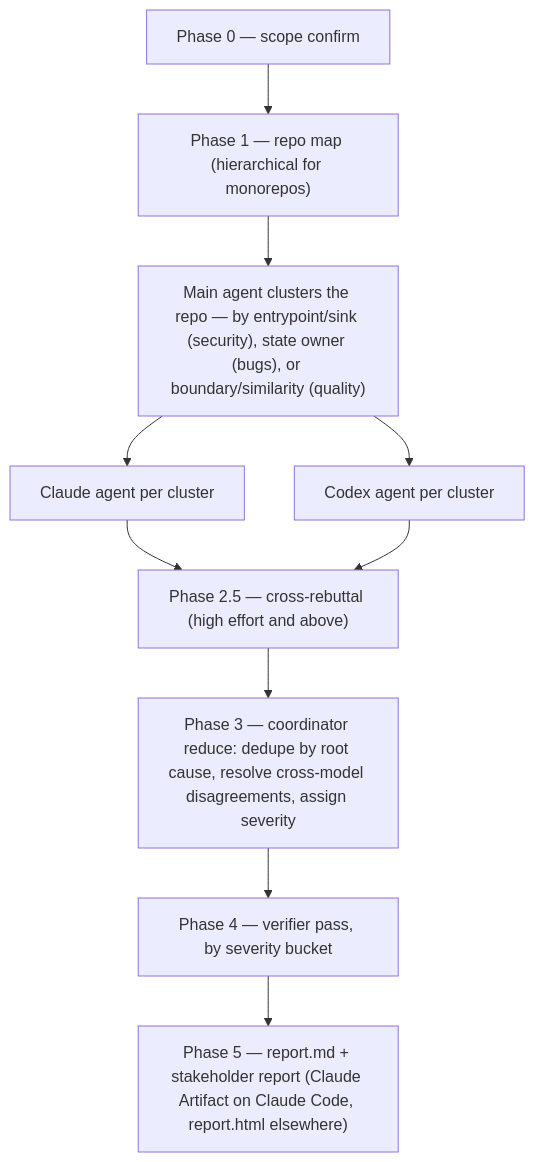
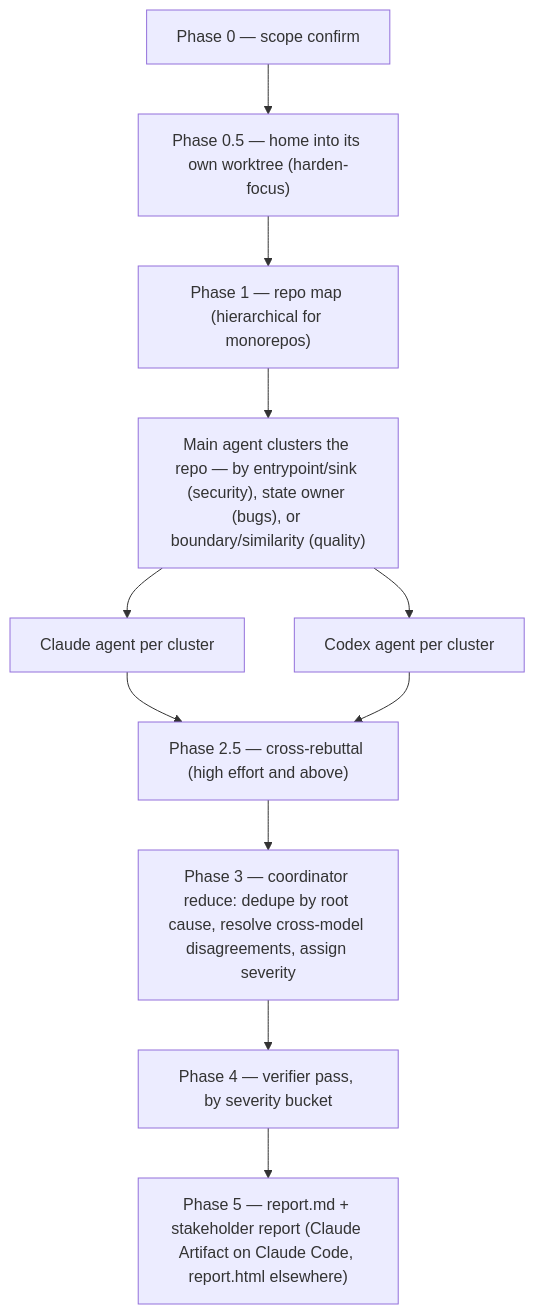
One commit to alejoamiras/aa-skills changed the diagram in skills/harden/README.md. Above: the diagram before and after it, drawn with Mermaid. The commit also changed other lines of this file and 1 other file, not shown here.

Commit message:
feat(harden): home the run into its own worktree once scope is confirmed
An audit wrote its `audit/` tree into the canonical clone's checkout and
read code that a branch switch there could change mid-run. Phase 0.5 now
moves the run into a `harden-<focus>` worktree cut from origin's default
branch (or the snapshot Phase 0 named), records the audited commit in the
report, and ends by committing the report on that branch without pushing:
landing, keeping or discarding it stays the user's call.

````diff
--- a/skills/harden/README.md
+++ b/skills/harden/README.md
@@ -17,12 +17,13 @@
 ```mermaid
 flowchart TD
-    S0["Phase 0 — scope confirm"] --> S1["Phase 1 — repo map (hierarchical for monorepos)"]
+    S0["Phase 0 — scope confirm"] --> H["Phase 0.5 — home into its own worktree (harden-focus)"]
+    H --> S1["Phase 1 — repo map (hierarchical for monorepos)"]
     S1 --> CL["Main agent clusters the repo — by entrypoint/sink (security), state owner (bugs), or boundary/similarity (quality)"]
     CL --> A["Claude agent per cluster"]
     CL --> B["Codex agent per cluster"]
     A --> R["Phase 2.5 — cross-rebuttal (high effort and above)"]
     B --> R
     R --> S3["Phase 3 — coordinator reduce: dedupe by root cause, resolve cross-model disagreements, assign severity"]
     S3 --> S4["Phase 4 — verifier pass, by severity bucket"]
     S4 --> S5["Phase 5 — report.md + stakeholder report (Claude Artifact on Claude Code, report.html elsewhere)"]
 ```
````
